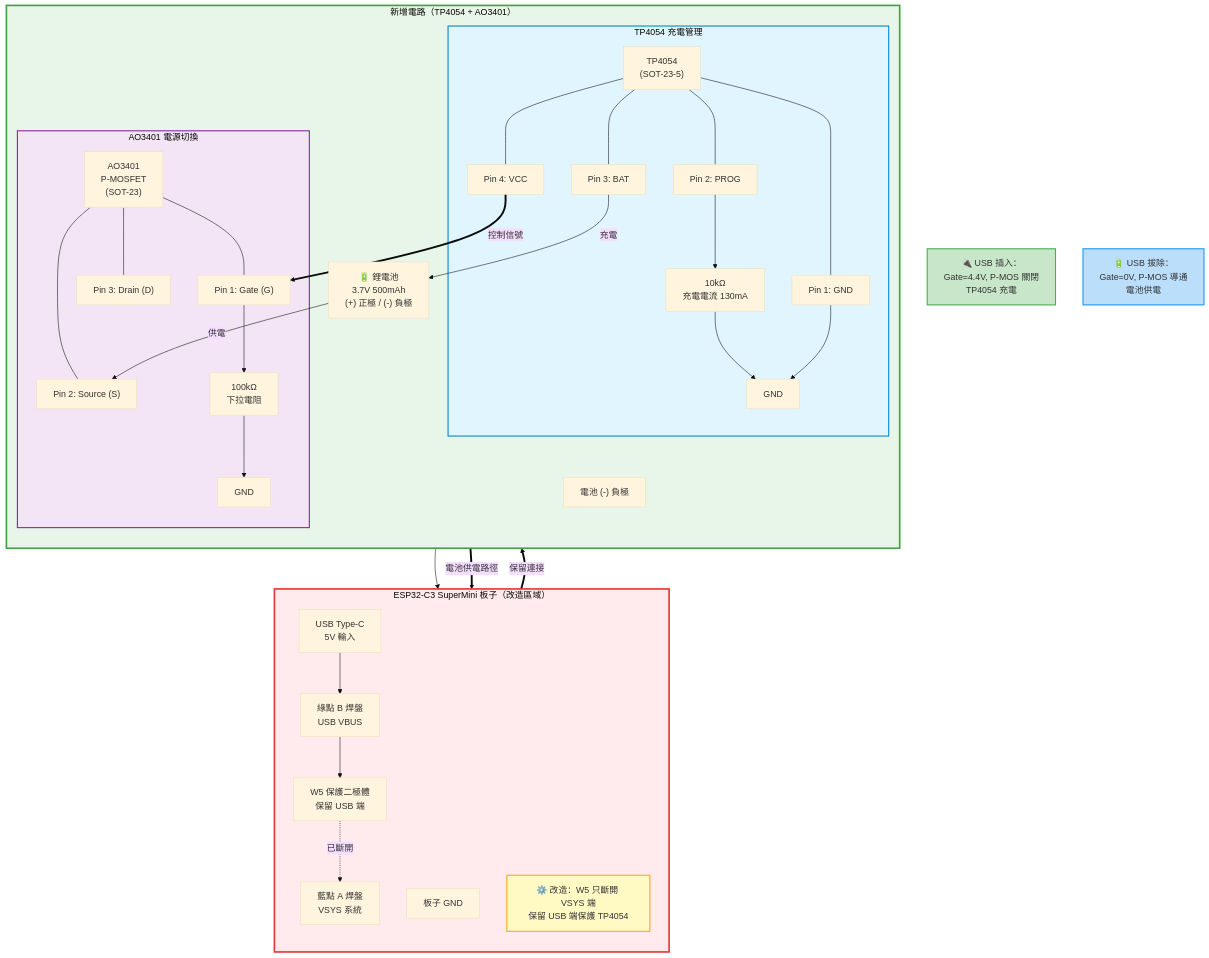
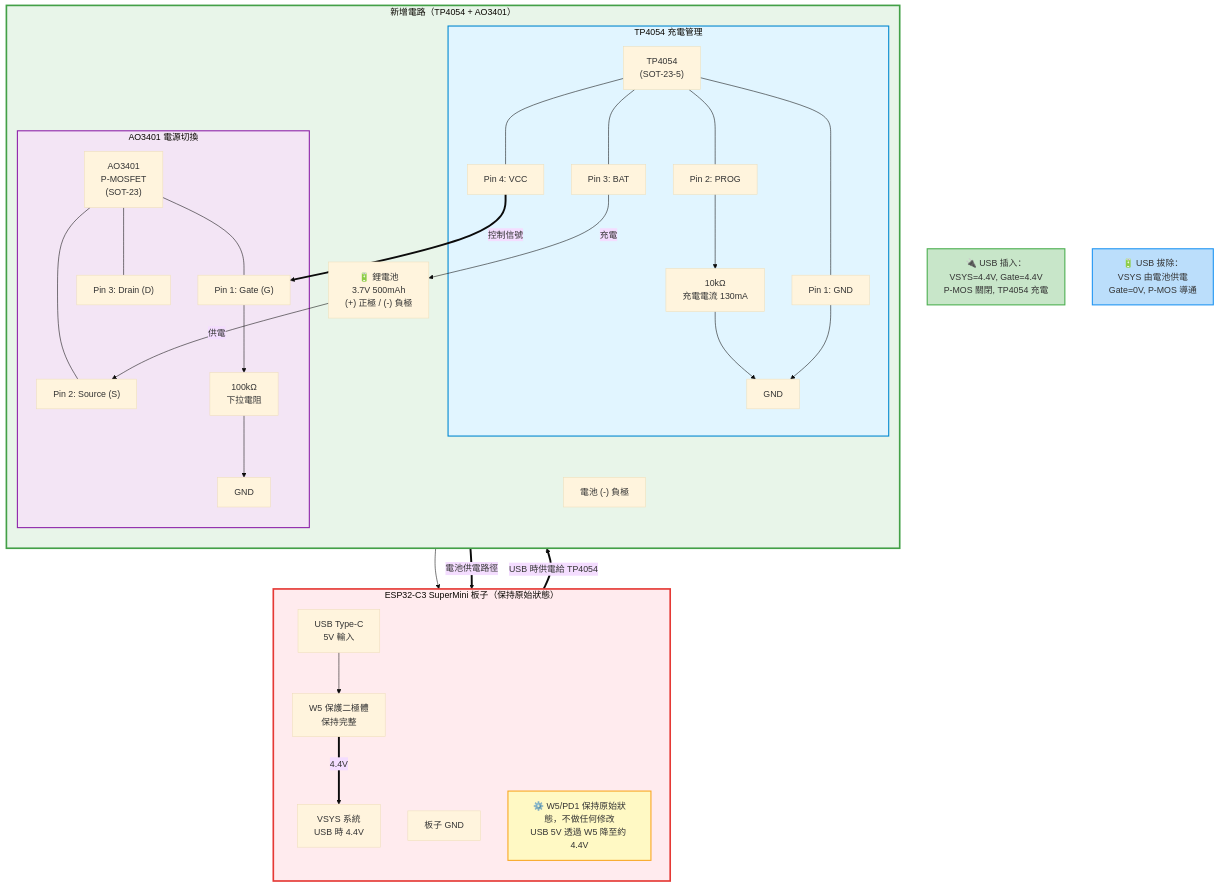
Before and after one commit to DanielYJHsieh/esp32c3: the second of 6 diagrams in battery_management/hardware/WIRING_DIAGRAM.md, drawn with Mermaid (base theme). The commit also changed other lines of this file and 4 other files, not shown here.

````diff
--- a/battery_management/hardware/WIRING_DIAGRAM.md
+++ b/battery_management/hardware/WIRING_DIAGRAM.md
@@ -221,78 +225,76 @@
 ```mermaid
 graph TB
-    subgraph ORIGINAL["ESP32-C3 SuperMini 板子（改造區域）"]
+    subgraph ORIGINAL["ESP32-C3 SuperMini 板子（保持原始狀態）"]
         direction TB
         USB_PORT["USB Type-C<br/>5V 輸入"]
-        PAD_B["綠點 B 焊盤<br/>USB VBUS"]
-        W5["W5 保護二極體<br/>保留 USB 端"]
-        PAD_A["藍點 A 焊盤<br/>VSYS 系統"]
+        W5["W5 保護二極體<br/>保持完整"]
+        VSYS["VSYS 系統<br/>USB 時 4.4V"]
         PCB_GND["板子 GND"]
         
-        USB_PORT --> PAD_B
-        PAD_B --> W5
-        W5 -.->|已斷開| PAD_A
+        USB_PORT --> W5
+        W5 ==>|4.4V| VSYS
         
-        NOTE1["⚙️ 改造：W5 只斷開 VSYS 端<br/>保留 USB 端保護 TP4054"]:::noteStyle
+        NOTE1["⚙️ W5/PD1 保持原始狀態，不做任何修改<br/>USB 5V 透過 W5 降至約 4.4V"]:::noteStyle
     end
     
     subgraph NEW_CIRCUIT["新增電路（TP4054 + AO3401）"]
         direction TB
         
         subgraph TP4054_BLOCK["TP4054 充電管理"]
             TP4054["TP4054<br/>(SOT-23-5)"]
             TP_VCC["Pin 4: VCC"]
             TP_BAT["Pin 3: BAT"]
             TP_PROG["Pin 2: PROG"]
             TP_GND["Pin 1: GND"]
             R_PROG["10kΩ<br/>充電電流 130mA"]
             
             TP4054 --- TP_VCC
             TP4054 --- TP_BAT
             TP4054 --- TP_PROG
             TP4054 --- TP_GND
             TP_PROG --> R_PROG
             R_PROG --> GND1["GND"]
             TP_GND --> GND1
         end
         
         subgraph AO3401_BLOCK["AO3401 電源切換"]
             AO3401["AO3401<br/>P-MOSFET<br/>(SOT-23)"]
             AO_GATE["Pin 1: Gate (G)"]
             AO_SOURCE["Pin 2: Source (S)"]
             AO_DRAIN["Pin 3: Drain (D)"]
             R_GATE["100kΩ<br/>下拉電阻"]
             
             AO3401 --- AO_GATE
             AO3401 --- AO_SOURCE
             AO3401 --- AO_DRAIN
             AO_GATE --> R_GATE
             R_GATE --> GND2["GND"]
         end
         
         BATTERY["🔋 鋰電池<br/>3.7V 500mAh<br/>(+) 正極 / (-) 負極"]
         BAT_NEG["電池 (-) 負極"]
         
         TP_BAT -->|充電| BATTERY
         BATTERY -->|供電| AO_SOURCE
         BAT_NEG --> PCB_GND
     end
     
     %% 連接兩個區域
-    W5 ==>|保留連接| TP_VCC
+    VSYS ==>|USB 時供電給 TP4054| TP_VCC
     TP_VCC ==>|控制信號| AO_GATE
-    AO_DRAIN ==>|電池供電路徑| PAD_A
+    AO_DRAIN ==>|電池供電路徑| VSYS
     
     %% 工作狀態標註
-    STATE_USB["🔌 USB 插入：<br/>Gate=4.4V, P-MOS 關閉<br/>TP4054 充電"]:::stateOn
-    STATE_BAT["🔋 USB 拔除：<br/>Gate=0V, P-MOS 導通<br/>電池供電"]:::stateOff
+    STATE_USB["🔌 USB 插入：<br/>VSYS=4.4V, Gate=4.4V<br/>P-MOS 關閉, TP4054 充電"]:::stateOn
+    STATE_BAT["🔋 USB 拔除：<br/>VSYS 由電池供電<br/>Gate=0V, P-MOS 導通"]:::stateOff
     
     %% 樣式定義
     classDef noteStyle fill:#fff9c4,stroke:#f9a825,stroke-width:2px
     classDef stateOn fill:#c8e6c9,stroke:#4caf50,stroke-width:2px
     classDef stateOff fill:#bbdefb,stroke:#2196f3,stroke-width:2px
     
     style ORIGINAL fill:#ffebee,stroke:#e53935,stroke-width:3px
     style NEW_CIRCUIT fill:#e8f5e9,stroke:#43a047,stroke-width:3px
     style TP4054_BLOCK fill:#e1f5ff,stroke:#0288d1,stroke-width:2px
     style AO3401_BLOCK fill:#f3e5f5,stroke:#8e24aa,stroke-width:2px
 ```
````
